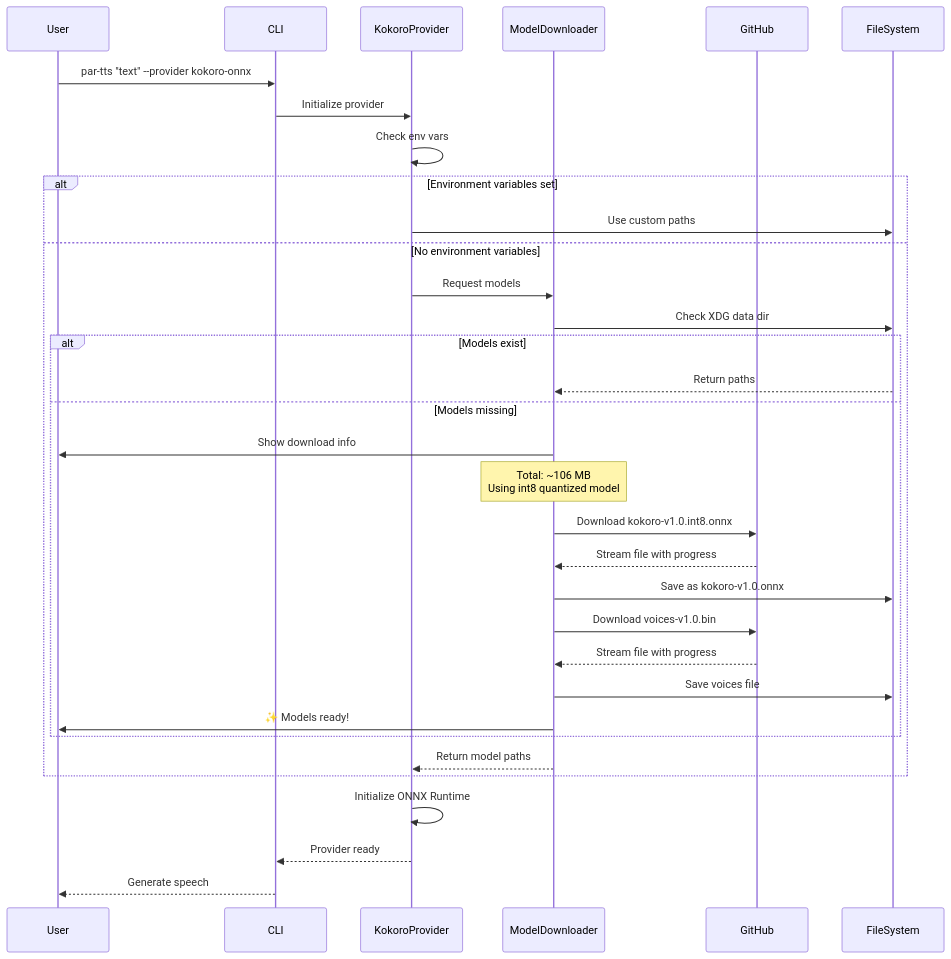
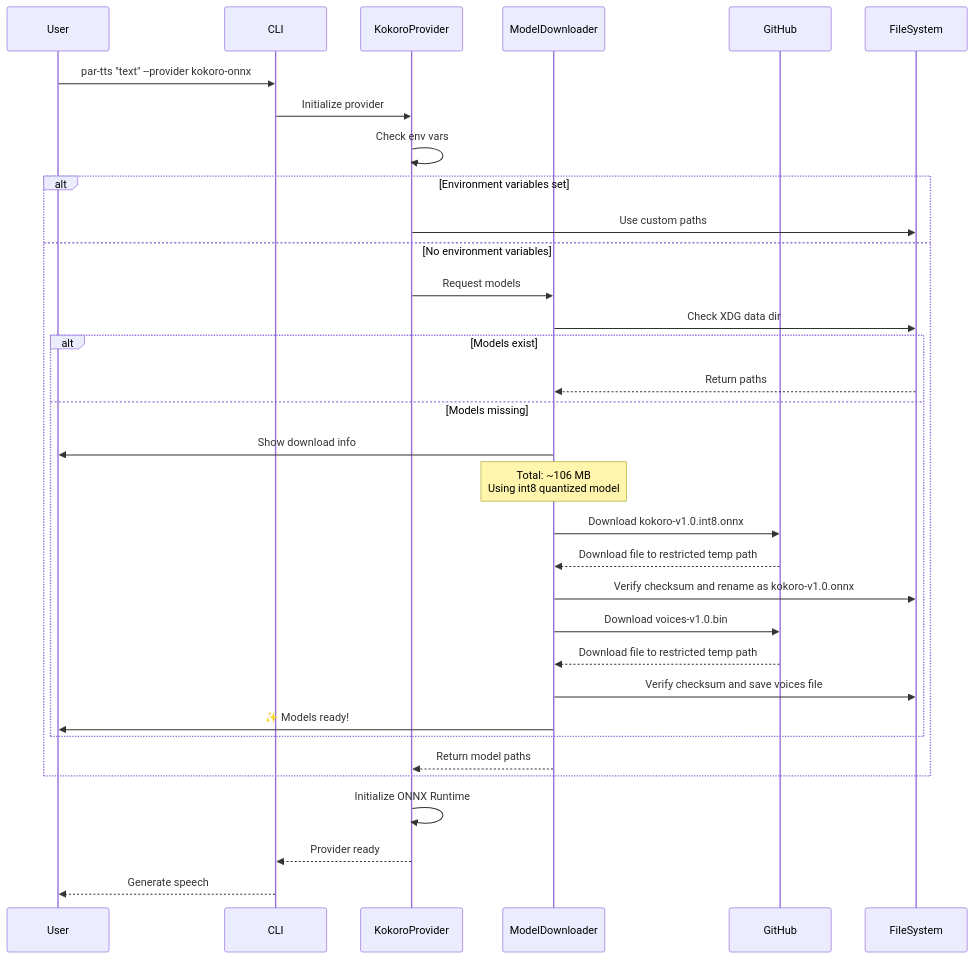
The tenth of 21 diagrams in docs/ARCHITECTURE.md (paulrobello/par-cli-tts), drawn with Mermaid before and after one commit. The commit also changed other lines of this file and 3 other files, not shown here.

````diff
--- a/docs/ARCHITECTURE.md
+++ b/docs/ARCHITECTURE.md
@@ -975,43 +1065,43 @@
 ```mermaid
 sequenceDiagram
     participant User
     participant CLI
     participant KokoroProvider
     participant ModelDownloader
     participant GitHub
     participant FileSystem
 
     User->>CLI: par-tts "text" --provider kokoro-onnx
     CLI->>KokoroProvider: Initialize provider
 
     KokoroProvider->>KokoroProvider: Check env vars
     alt Environment variables set
         KokoroProvider->>FileSystem: Use custom paths
     else No environment variables
         KokoroProvider->>ModelDownloader: Request models
         ModelDownloader->>FileSystem: Check XDG data dir
 
         alt Models exist
             FileSystem-->>ModelDownloader: Return paths
         else Models missing
             ModelDownloader->>User: Show download info
             Note over ModelDownloader: Total: ~106 MB<br/>Using int8 quantized model
 
             ModelDownloader->>GitHub: Download kokoro-v1.0.int8.onnx
-            GitHub-->>ModelDownloader: Stream file with progress
-            ModelDownloader->>FileSystem: Save as kokoro-v1.0.onnx
+            GitHub-->>ModelDownloader: Download file to restricted temp path
+            ModelDownloader->>FileSystem: Verify checksum and rename as kokoro-v1.0.onnx
 
             ModelDownloader->>GitHub: Download voices-v1.0.bin
-            GitHub-->>ModelDownloader: Stream file with progress
-            ModelDownloader->>FileSystem: Save voices file
+            GitHub-->>ModelDownloader: Download file to restricted temp path
+            ModelDownloader->>FileSystem: Verify checksum and save voices file
 
             ModelDownloader->>User: ✨ Models ready!
         end
 
         ModelDownloader-->>KokoroProvider: Return model paths
     end
 
     KokoroProvider->>KokoroProvider: Initialize ONNX Runtime
     KokoroProvider-->>CLI: Provider ready
     CLI-->>User: Generate speech
 ```
````
